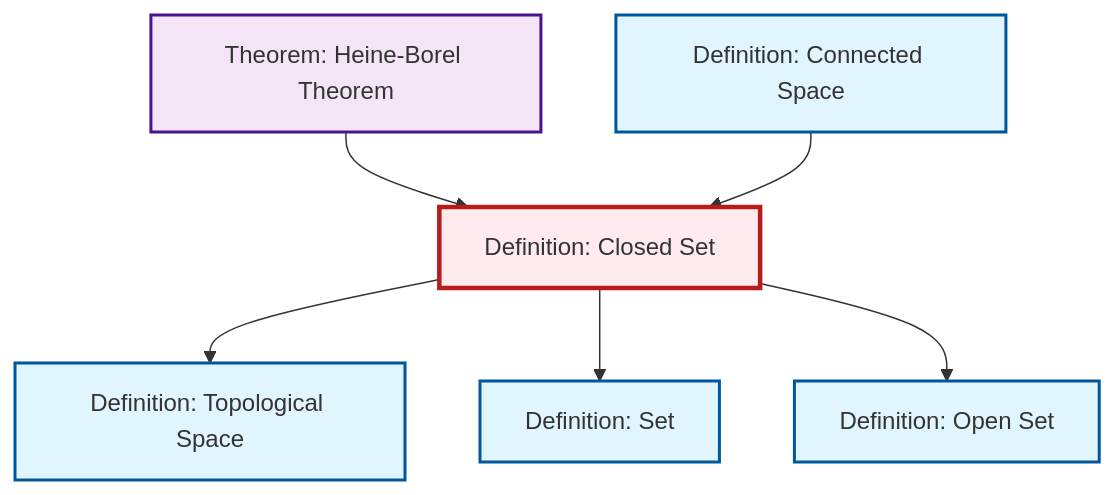
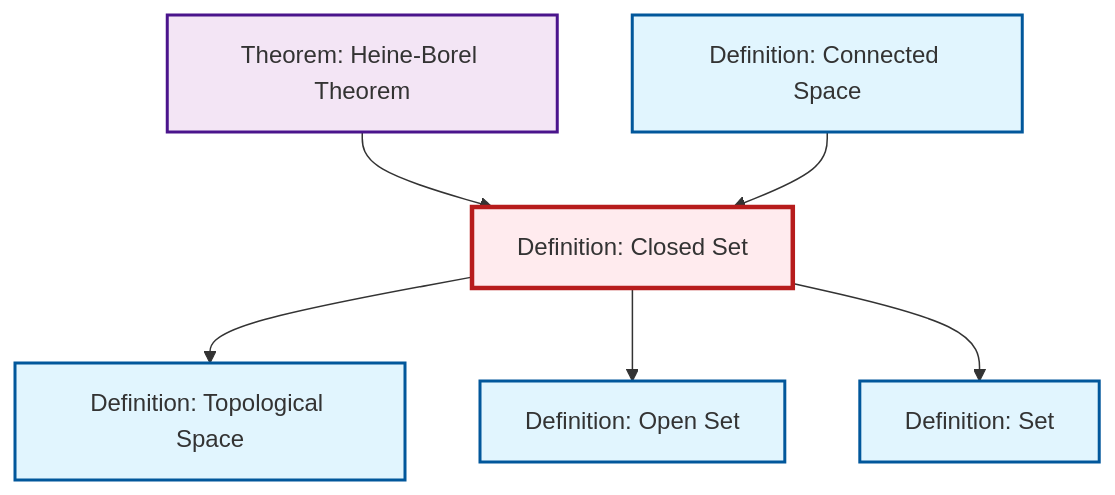
The diagram in content/ja/topology/def-closed-set.qmd (RK0429/ModernMath), drawn with Mermaid before and after one commit. The commit also changed other lines of this file and 491 other files, not shown here.

````diff
--- a/content/ja/topology/def-closed-set.qmd
+++ b/content/ja/topology/def-closed-set.qmd
@@ -45,26 +45,26 @@
 ```{mermaid}
 %%| fig-cap: "Local dependency graph"
 graph TD
     classDef definition fill:#e1f5fe,stroke:#01579b,stroke-width:2px
     classDef theorem fill:#f3e5f5,stroke:#4a148c,stroke-width:2px
     classDef axiom fill:#fff3e0,stroke:#e65100,stroke-width:2px
     classDef example fill:#e8f5e9,stroke:#1b5e20,stroke-width:2px
     classDef current fill:#ffebee,stroke:#b71c1c,stroke-width:3px
     def-closed-set["Definition: Closed Set"]:::definition
+    def-connected["Definition: Connected Space"]:::definition
+    def-topological-space["Definition: Topological Space"]:::definition
+    def-open-set["Definition: Open Set"]:::definition
+    thm-heine-borel["Theorem: Heine-Borel Theorem"]:::theorem
     def-set["Definition: Set"]:::definition
-    def-open-set["Definition: Open Set"]:::definition
-    def-connected["Definition: Connected Space"]:::definition
-    thm-heine-borel["Theorem: Heine-Borel Theorem"]:::theorem
-    def-topological-space["Definition: Topological Space"]:::definition
-    def-closed-set --> def-topological-space
-    def-closed-set --> def-set
-    def-closed-set --> def-open-set
     thm-heine-borel --> def-closed-set
     def-connected --> def-closed-set
+    def-closed-set --> def-topological-space
+    def-closed-set --> def-open-set
+    def-closed-set --> def-set
     class def-closed-set current
+    click def-connected "def-connected.html" "Definition: Connected Spaceへ"
+    click def-topological-space "def-topological-space.html" "Definition: Topological Spaceへ"
+    click def-open-set "def-open-set.html" "Definition: Open Setへ"
+    click thm-heine-borel "thm-heine-borel.html" "Theorem: Heine-Borel Theoremへ"
     click def-set "def-set.html" "Definition: Setへ"
-    click def-open-set "def-open-set.html" "Definition: Open Setへ"
-    click def-connected "def-connected.html" "Definition: Connected Spaceへ"
-    click thm-heine-borel "thm-heine-borel.html" "Theorem: Heine-Borel Theoremへ"
-    click def-topological-space "def-topological-space.html" "Definition: Topological Spaceへ"
 ```
````
